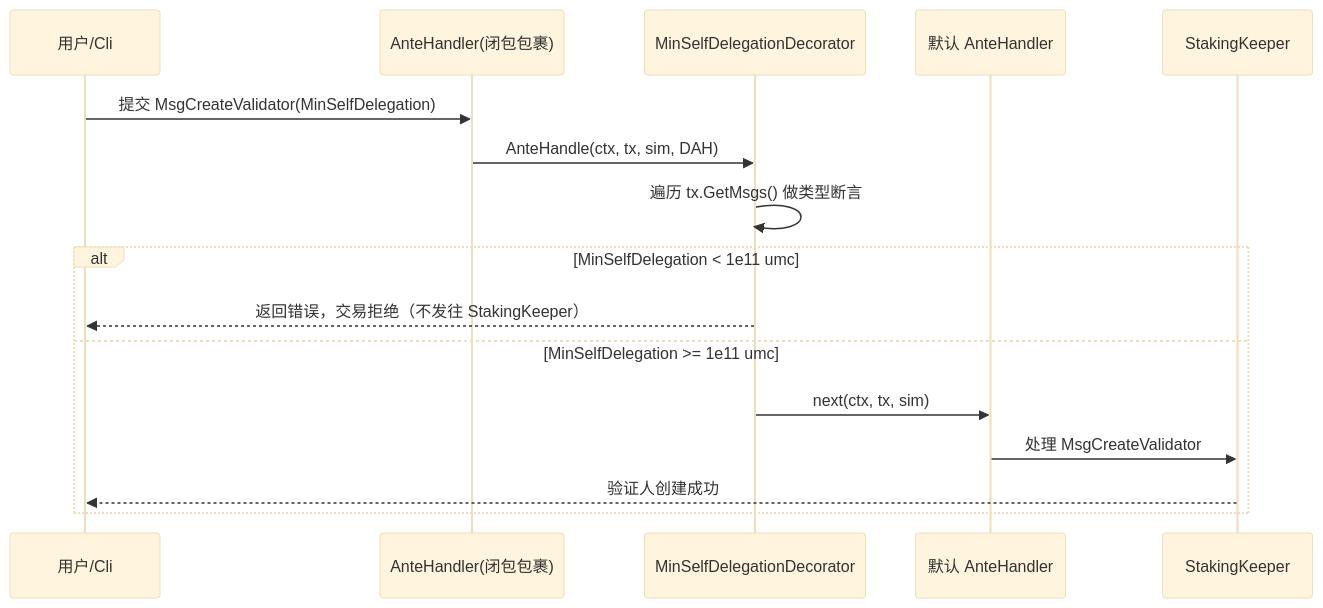
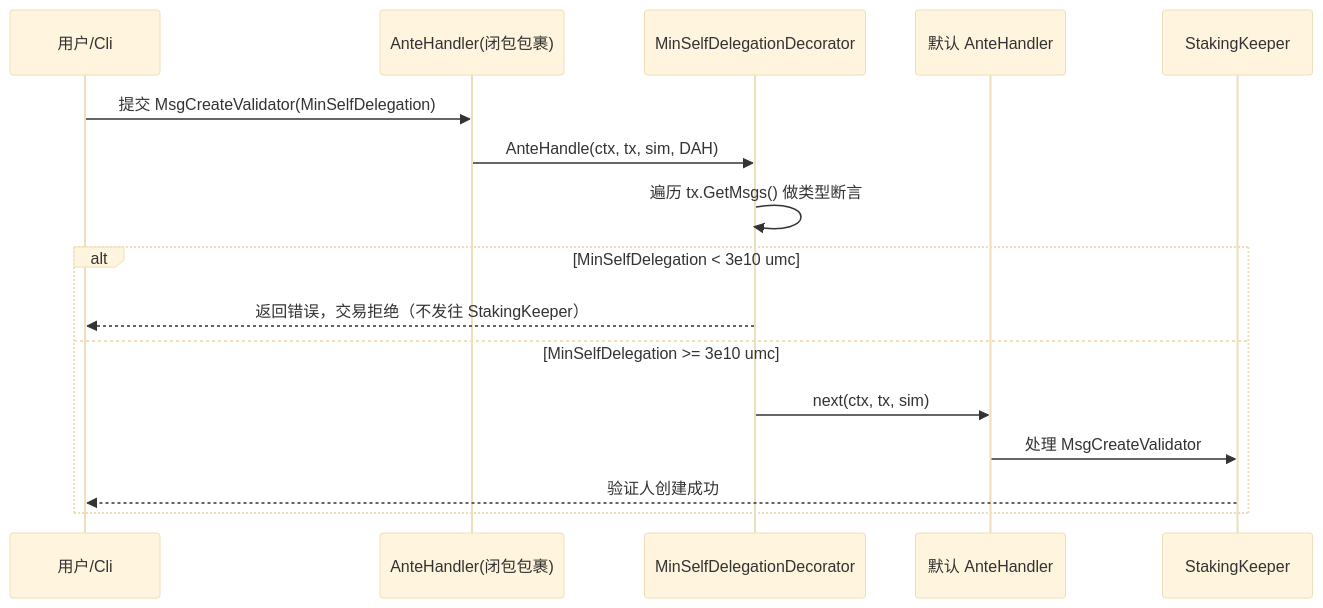
The second of 4 diagrams in docs/system_design.md (keliang4344-star/mcchain), drawn with Mermaid (base theme) before and after one commit. The commit also changed other lines of this file and 50 other files, not shown here.

````diff
--- a/docs/system_design.md
+++ b/docs/system_design.md
@@ -135,19 +135,19 @@
 ```mermaid
 sequenceDiagram
     participant U as 用户/Cli
     participant AH as AnteHandler(闭包包裹)
     participant MSD as MinSelfDelegationDecorator
     participant DAH as 默认 AnteHandler
     participant SV as StakingKeeper
 
     U->>AH: 提交 MsgCreateValidator(MinSelfDelegation)
     AH->>MSD: AnteHandle(ctx, tx, sim, DAH)
     MSD->>MSD: 遍历 tx.GetMsgs() 做类型断言
-    alt MinSelfDelegation < 1e11 umc
+    alt MinSelfDelegation < 3e10 umc
         MSD-->>U: 返回错误，交易拒绝（不发往 StakingKeeper）
-    else MinSelfDelegation >= 1e11 umc
+    else MinSelfDelegation >= 3e10 umc
         MSD->>DAH: next(ctx, tx, sim)
         DAH->>SV: 处理 MsgCreateValidator
         SV-->>U: 验证人创建成功
     end
 ```
````
